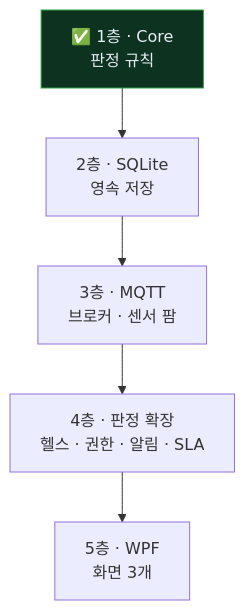
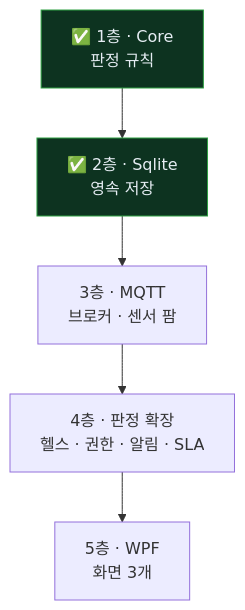
One commit to bosung2000/IoTSensorDashboard changed the seventh of 7 diagrams in docs/architecture.md. Above: the diagram before and after it, drawn with Mermaid. The commit also changed other lines of this file and 3 other files, not shown here.

````diff
--- a/docs/architecture.md
+++ b/docs/architecture.md
@@ -352,9 +375,10 @@
 ```mermaid
 flowchart TD
-    L1["✅ 1층 · Core<br/>판정 규칙"] --> L2["2층 · SQLite<br/>영속 저장"]
+    L1["✅ 1층 · Core<br/>판정 규칙"] --> L2["✅ 2층 · Sqlite<br/>영속 저장"]
     L2 --> L3["3층 · MQTT<br/>브로커 · 센서 팜"]
     L3 --> L4["4층 · 판정 확장<br/>헬스 · 권한 · 알림 · SLA"]
     L4 --> L5["5층 · WPF<br/>화면 3개"]
 
     style L1 fill:#0d3320,stroke:#2ea043,color:#e6edf3
+    style L2 fill:#0d3320,stroke:#2ea043,color:#e6edf3
 ```
````
